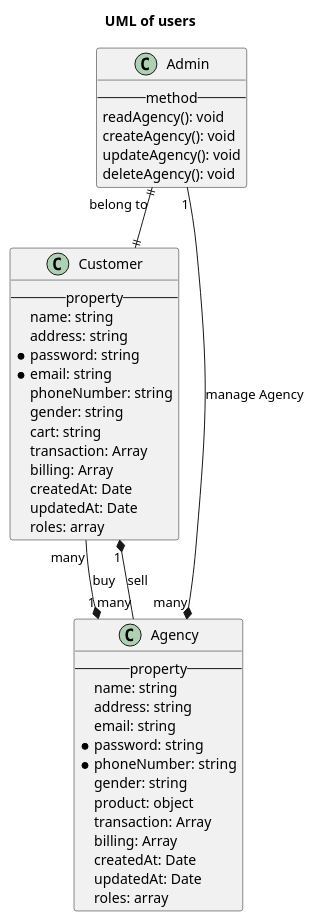
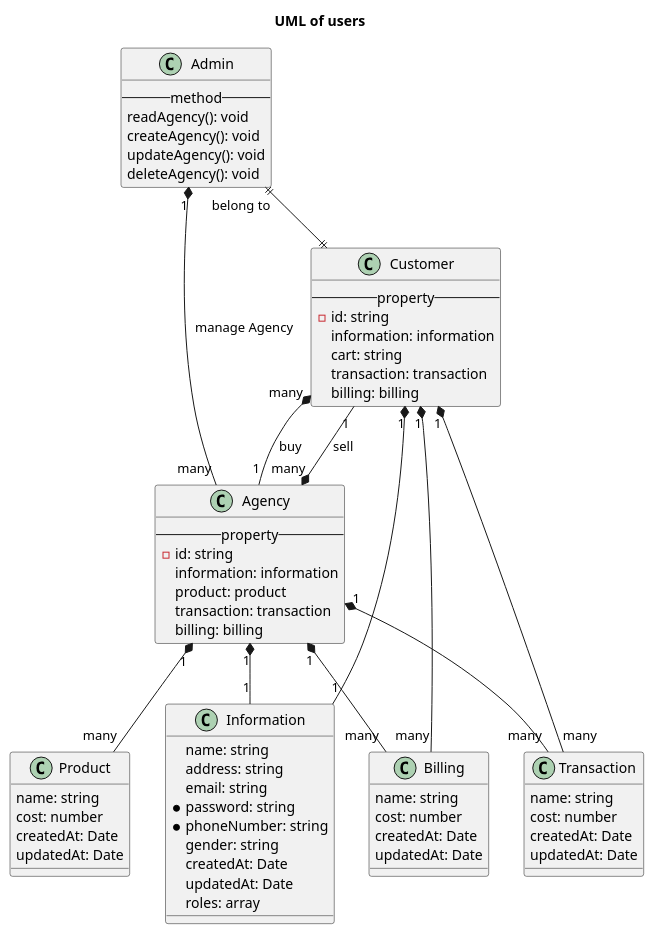
One commit to taint3110/SET2021_BackendTest changed the diagram in Study/backend/docs/uml/featuresUML.puml. Above: the diagram before and after it, drawn with PlantUML. The commit also changed 14 other files, not shown here.

Commit message:
BET-02 | improve UML, sequence diagrams for apis

```diff
--- a/Study/backend/docs/uml/featuresUML.puml
+++ b/Study/backend/docs/uml/featuresUML.puml
@@ -1,53 +1,78 @@
 @startuml Application use cases diagram
 skinparam actorStyle awesome
 title UML of users
 
 
 class Customer{
     --property--
-    name: string 
-    address: string
-    *password: string 
-    *email: string 
-    phoneNumber: string 
-    gender: string 
+    -id: string
+    information: information
     cart: string
-    transaction: Array
-    billing: Array
-    createdAt: Date
-    updatedAt: Date
-    roles: array
+    transaction: transaction
+    billing: billing
 }
 
 class Agency{
     --property--
+    -id: string
+    information: information
+    product: product
+    transaction: transaction
+    billing: billing
+}
+
+class Information {
     name: string 
     address: string 
     email: string 
     *password: string
     *phoneNumber: string 
     gender: string 
-    product: object
-    transaction: Array
-    billing: Array
     createdAt: Date
     updatedAt: Date
     roles: array
 }
 
+class Product{
+    name: string
+    cost: number
+    createdAt: Date
+    updatedAt: Date
+}
+
+class Transaction{
+    name: string
+    cost: number
+    createdAt: Date
+    updatedAt: Date
+}
+
+class Billing{
+    name: string
+    cost: number
+    createdAt: Date
+    updatedAt: Date
+}
 
 class Admin{
     --method--
     readAgency(): void 
     createAgency(): void 
     updateAgency(): void
     deleteAgency(): void
 }
-Admin "1" --* "many" Agency: manage Agency
-Customer "many" --* "1" Agency: buy
-Agency "many" --* "1" Customer: sell
+Admin "1" *-- "many" Agency: manage Agency
 Admin "belong to" ||--|| Customer
+Customer "1" *-- "many" Transaction
+Customer "1" *-- "many" Billing
+Customer "1" *-- "1" Information
+Customer "many" *-- "1" Agency: buy
+Agency "many" *-- "1" Customer: sell
+Agency "1" *-- "many" Transaction
+Agency "1" *-- "many" Billing
+Agency "1" *-- "many" Product
+Agency "1" *-- "1" Information
 
 
 
 @enduml
```
